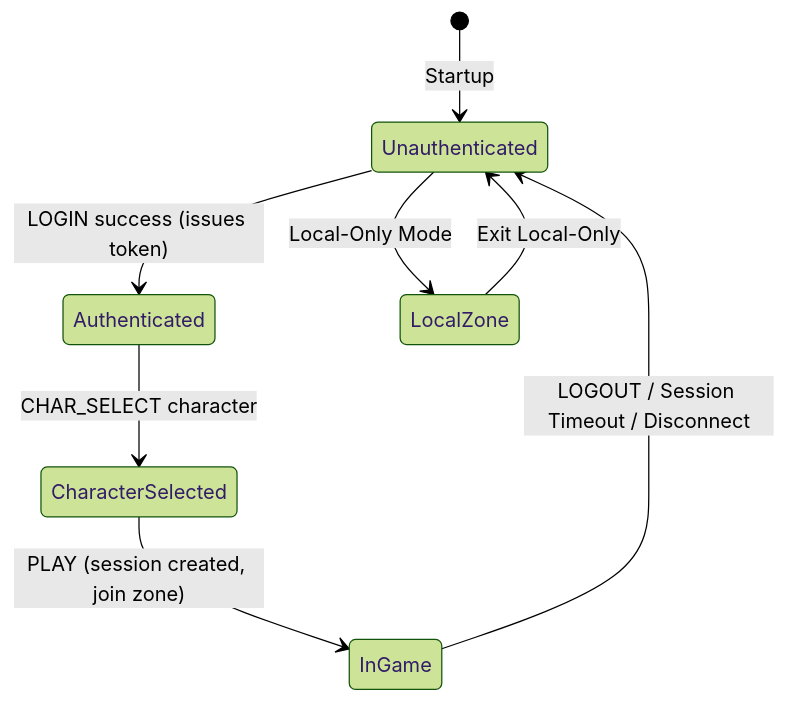
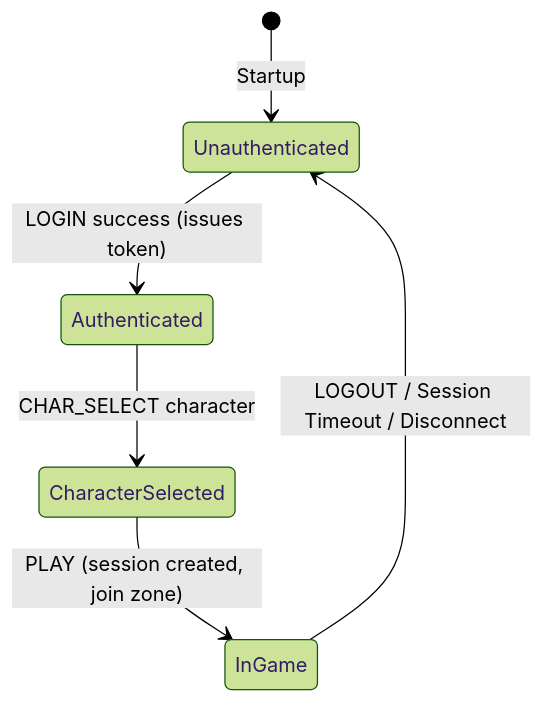
The third of 4 diagrams in review-and-next-steps.md (TheStackTraceWhisperer/catalyst), drawn with Mermaid (forest theme) before and after one commit. The commit also changed other lines of this file and 1 other file, not shown here.

Commit message:
docs: purge local-only offline mode references from all markdown files

````diff
--- a/review-and-next-steps.md
+++ b/review-and-next-steps.md
@@ -142,10 +142,8 @@
 ```mermaid
 stateDiagram-v2
     [*] --> Unauthenticated : Startup
     Unauthenticated --> Authenticated : LOGIN success (issues token)
     Authenticated --> CharacterSelected : CHAR_SELECT character
     CharacterSelected --> InGame : PLAY (session created, join zone)
     InGame --> Unauthenticated : LOGOUT / Session Timeout / Disconnect
-    Unauthenticated --> LocalZone : Local-Only Mode
-    LocalZone --> Unauthenticated : Exit Local-Only
 ```
````
